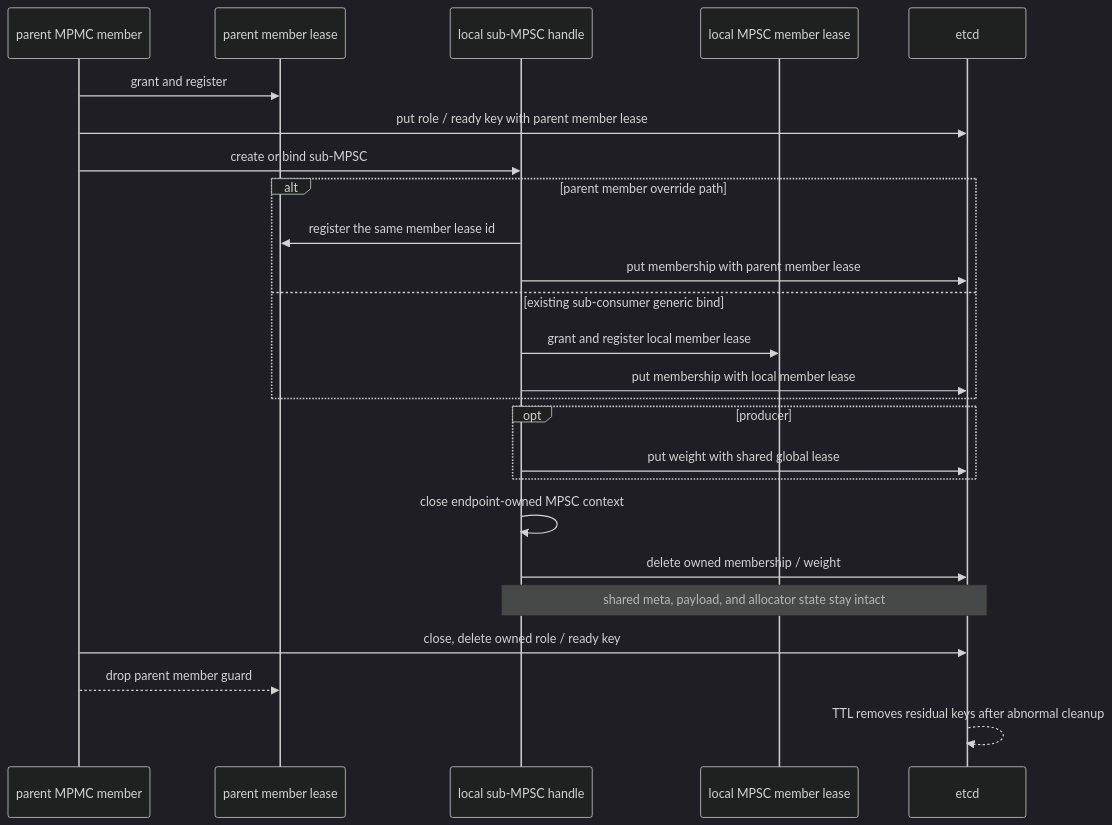
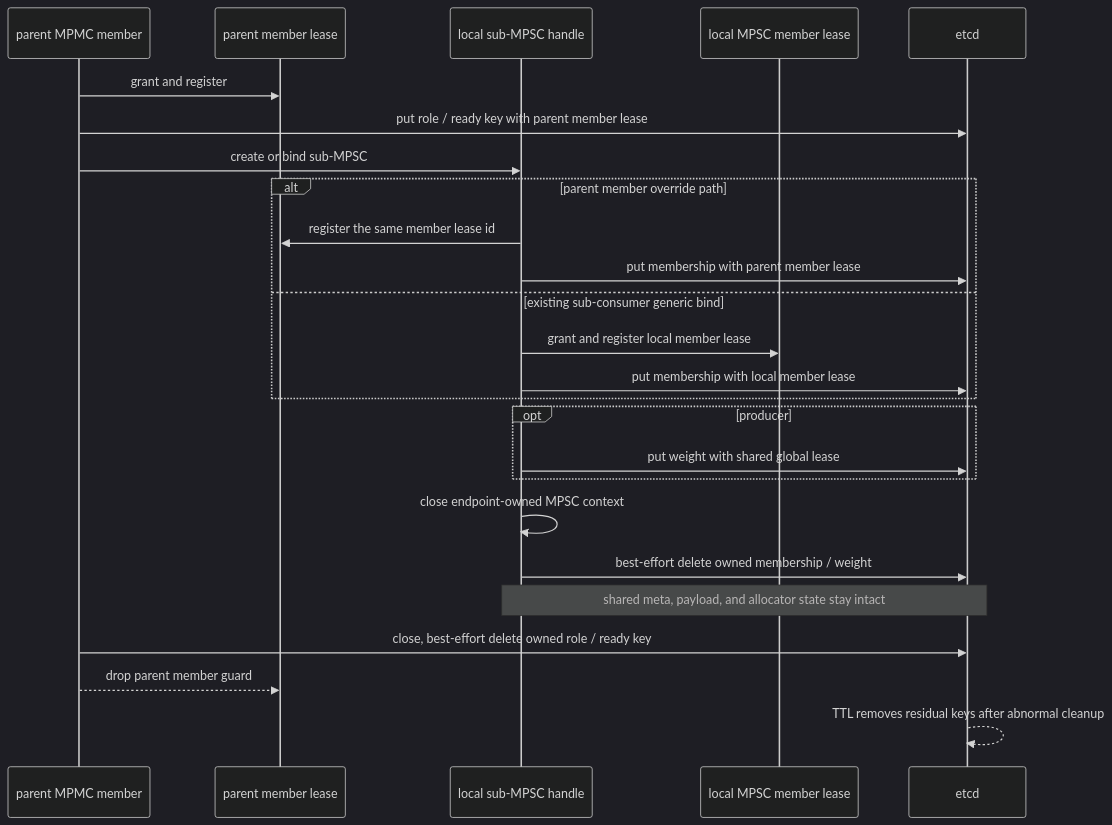
The fourth of 10 diagrams in fluxon_doc_cn/design/mq_1_生命周期与租约设计.md (Tele-AI/Fluxon), drawn with Mermaid (dark theme) before and after one commit. The commit also changed other lines of this file and 7 other files, not shown here.

````diff
--- a/fluxon_doc_cn/design/mq_1_生命周期与租约设计.md
+++ b/fluxon_doc_cn/design/mq_1_生命周期与租约设计.md
@@ -243,28 +243,28 @@
 ```mermaid
 sequenceDiagram
     participant P as parent MPMC member
     participant PM as parent member lease
     participant S as local sub-MPSC handle
     participant LM as local MPSC member lease
     participant E as etcd
 
     P->>PM: grant and register
     P->>E: put role / ready key with parent member lease
     P->>S: create or bind sub-MPSC
     alt parent member override path
         S->>PM: register the same member lease id
         S->>E: put membership with parent member lease
     else existing sub-consumer generic bind
         S->>LM: grant and register local member lease
         S->>E: put membership with local member lease
     end
     opt producer
         S->>E: put weight with shared global lease
     end
     S->>S: close endpoint-owned MPSC context
-    S->>E: delete owned membership / weight
+    S->>E: best-effort delete owned membership / weight
     Note over S,E: shared meta, payload, and allocator state stay intact
-    P->>E: close, delete owned role / ready key
+    P->>E: close, best-effort delete owned role / ready key
     P-->>PM: drop parent member guard
     E-->>E: TTL removes residual keys after abnormal cleanup
 ```
````
